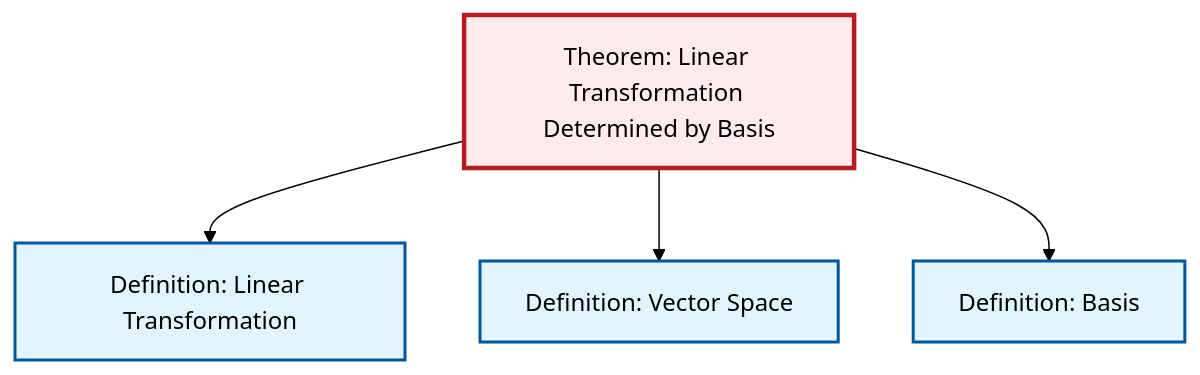
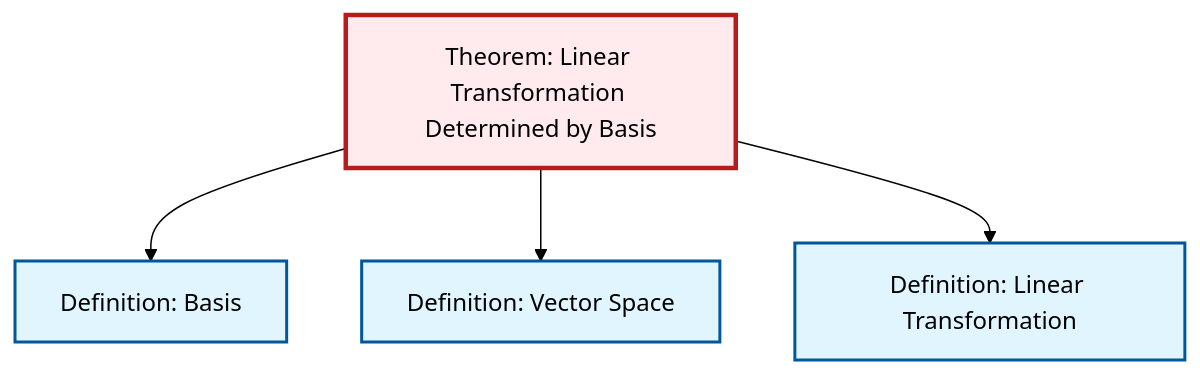
Before and after one commit to RK0429/ModernMath: the diagram in content/ja/algebra/thm-linear-transformation-basis.qmd, drawn with Mermaid (forest theme). The commit also changed other lines of this file and 360 other files, not shown here.

````diff
--- a/content/ja/algebra/thm-linear-transformation-basis.qmd
+++ b/content/ja/algebra/thm-linear-transformation-basis.qmd
@@ -48,20 +48,20 @@
 ```{mermaid}
 %%| fig-cap: "Local dependency graph"
 graph TD
     classDef definition fill:#e1f5fe,stroke:#01579b,stroke-width:2px
     classDef theorem fill:#f3e5f5,stroke:#4a148c,stroke-width:2px
     classDef axiom fill:#fff3e0,stroke:#e65100,stroke-width:2px
     classDef example fill:#e8f5e9,stroke:#1b5e20,stroke-width:2px
     classDef current fill:#ffebee,stroke:#b71c1c,stroke-width:3px
     thm-linear-transformation-basis["Theorem: Linear Transformation Determined by Basis"]:::theorem
+    def-basis["Definition: Basis"]:::definition
+    def-vector-space["Definition: Vector Space"]:::definition
     def-linear-transformation["Definition: Linear Transformation"]:::definition
-    def-vector-space["Definition: Vector Space"]:::definition
-    def-basis["Definition: Basis"]:::definition
+    thm-linear-transformation-basis --> def-basis
+    thm-linear-transformation-basis --> def-vector-space
     thm-linear-transformation-basis --> def-linear-transformation
-    thm-linear-transformation-basis --> def-vector-space
-    thm-linear-transformation-basis --> def-basis
     class thm-linear-transformation-basis current
+    click def-basis "def-basis.html" "Definition: Basisへ"
+    click def-vector-space "def-vector-space.html" "Definition: Vector Spaceへ"
     click def-linear-transformation "def-linear-transformation.html" "Definition: Linear Transformationへ"
-    click def-vector-space "def-vector-space.html" "Definition: Vector Spaceへ"
-    click def-basis "def-basis.html" "Definition: Basisへ"
 ```
````
